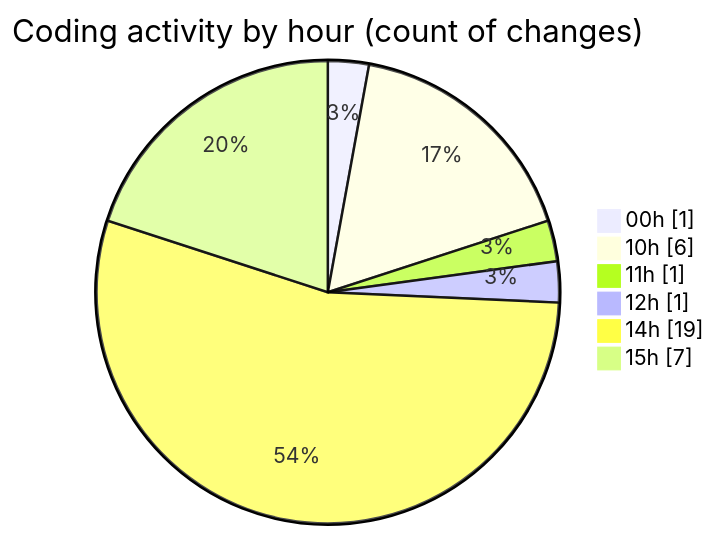
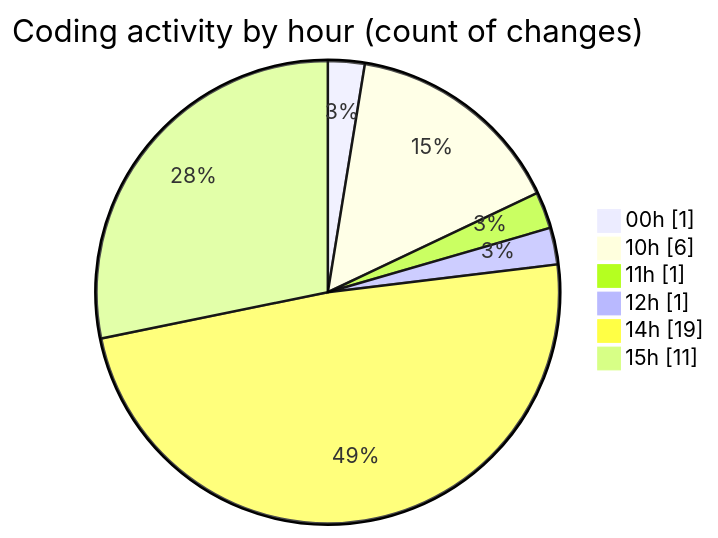
One commit to JenPaints/code-tracking changed the second of 2 diagrams in 2025-07-25/cohera/README.md. Above: the diagram before and after it, drawn with Mermaid. The commit also changed other lines of this file and 1 other file, not shown here.

````diff
--- a/2025-07-25/cohera/README.md
+++ b/2025-07-25/cohera/README.md
@@ -39,10 +40,10 @@
 ```mermaid
 pie showData
 title Coding activity by hour (count of changes)
 "00h" : 1
 "10h" : 6
 "11h" : 1
 "12h" : 1
 "14h" : 19
-"15h" : 7
+"15h" : 11
 ```
````
